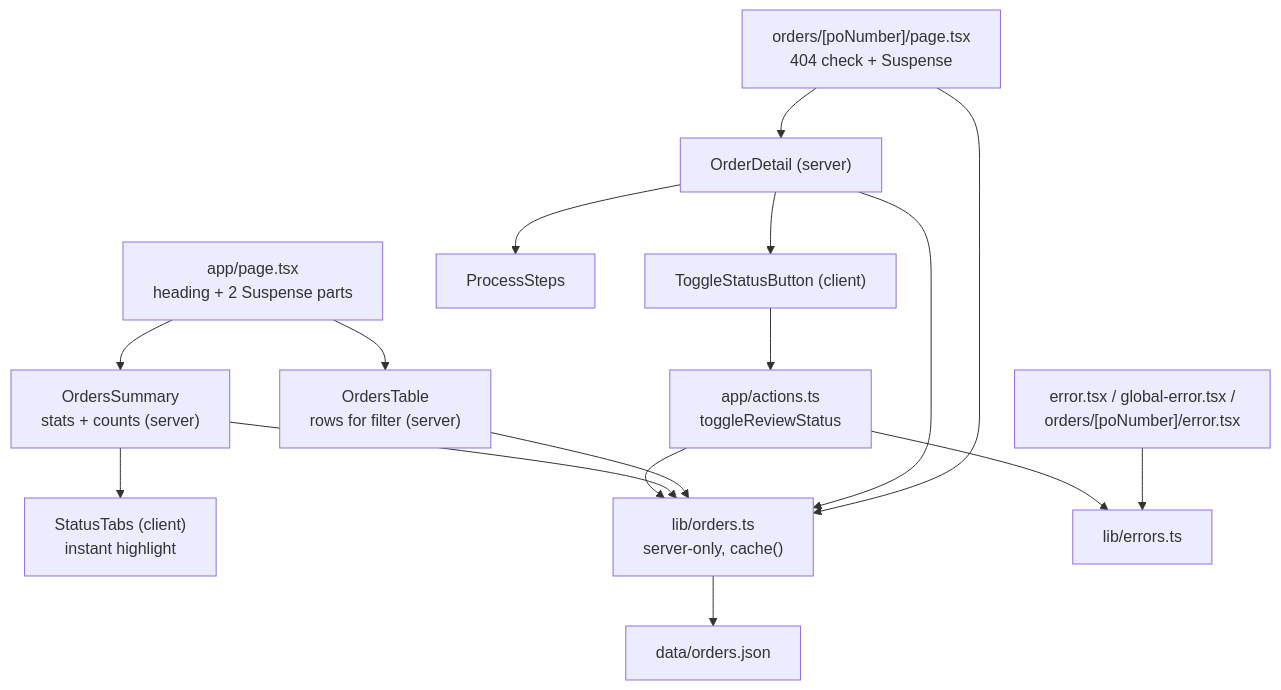
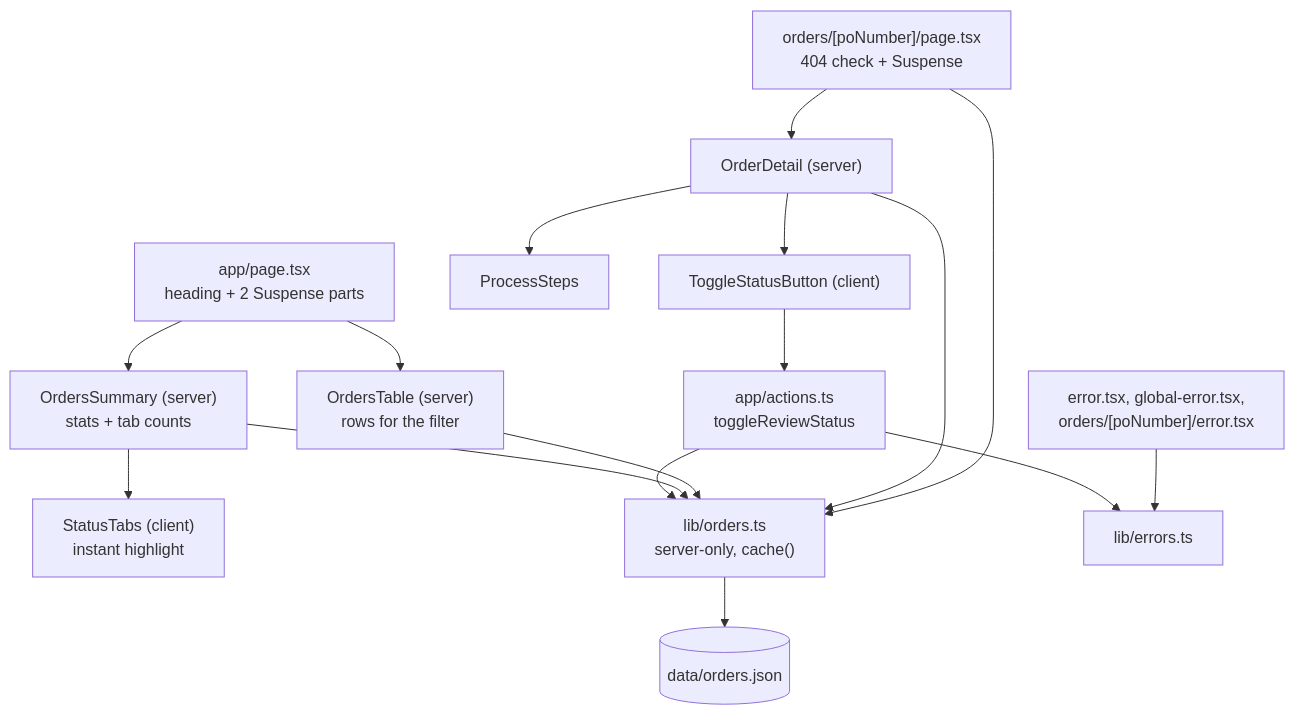
Before and after one commit to TRUPALIX9/bhf-take-home: the third of 10 diagrams in docs/DESIGN.md, drawn with Mermaid. The commit also changed other lines of this file, not shown here.

Commit message:
DESIGN.md: system overview, PO lifecycle, request/action/tab/error flows

````diff
--- a/docs/DESIGN.md
+++ b/docs/DESIGN.md
@@ -9,18 +54,18 @@
 ```mermaid
-graph TD
-  List["app/page.tsx<br/>heading + 2 Suspense parts"] --> Summary["OrdersSummary<br/>stats + counts (server)"]
-  List --> Table["OrdersTable<br/>rows for filter (server)"]
+flowchart TD
+  List["app/page.tsx<br/>heading + 2 Suspense parts"] --> Summary["OrdersSummary (server)<br/>stats + tab counts"]
+  List --> Table["OrdersTable (server)<br/>rows for the filter"]
   Summary --> Tabs["StatusTabs (client)<br/>instant highlight"]
   Detail["orders/[poNumber]/page.tsx<br/>404 check + Suspense"] --> OD["OrderDetail (server)"]
-  OD --> Steps[ProcessSteps]
+  OD --> Steps["ProcessSteps"]
   OD --> Toggle["ToggleStatusButton (client)"]
   Toggle --> Action["app/actions.ts<br/>toggleReviewStatus"]
   Action --> Orders["lib/orders.ts<br/>server-only, cache()"]
   Summary --> Orders
   Table --> Orders
   OD --> Orders
   Detail --> Orders
-  Action --> Errors[lib/errors.ts]
-  Boundaries["error.tsx / global-error.tsx /<br/>orders/[poNumber]/error.tsx"] --> Errors
-  Orders --> Seed[data/orders.json]
+  Action --> Errors["lib/errors.ts"]
+  Boundaries["error.tsx, global-error.tsx,<br/>orders/[poNumber]/error.tsx"] --> Errors
+  Orders --> Seed[("data/orders.json")]
 ```
````
